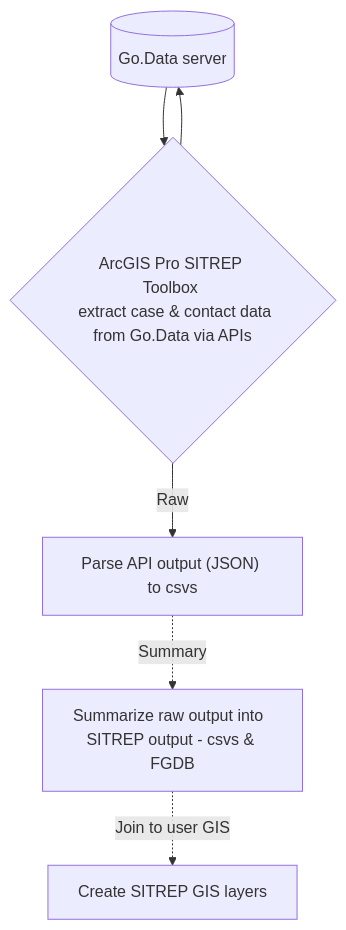
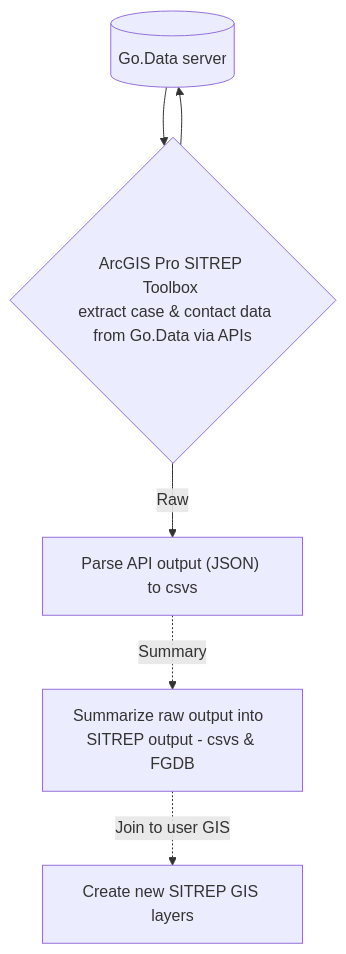
One commit to LangsterGA/mermaid changed the diagram in README.md. Above: the diagram before and after it, drawn with Mermaid.

````diff
--- a/README.md
+++ b/README.md
@@ -3,8 +3,8 @@
 ```mermaid
   graph TD
     A[(Go.Data server)]--> B{ArcGIS Pro SITREP Toolbox <br/> extract case & contact data<br/>from Go.Data via APIs};
     B-->A
     B -->|Raw| C["Parse API output (JSON) to csvs"];
     C-.->|Summary| D[Summarize raw output into  <br/>SITREP output - csvs & FGDB]; 
-    D-.->|Join to user GIS| E[Create SITREP GIS layers];
+    D-.->|Join to user GIS| E[Create new SITREP GIS layers];
  ```
````
